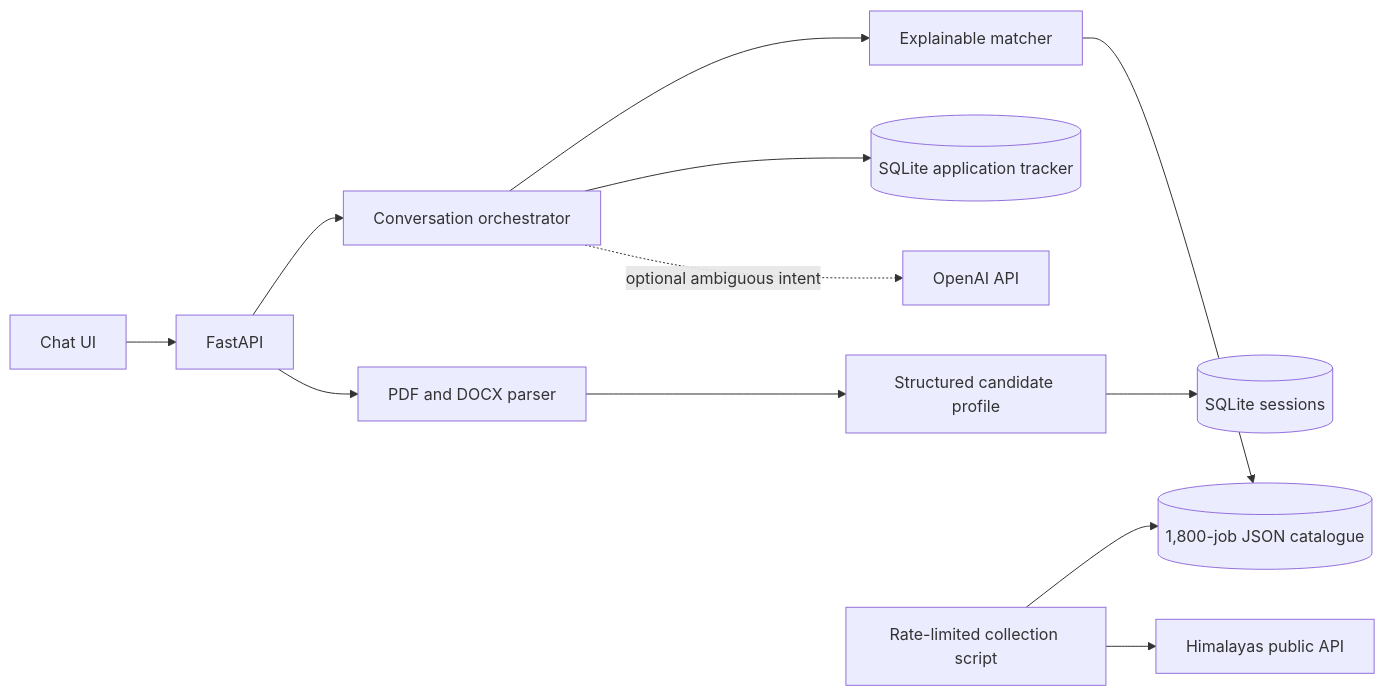
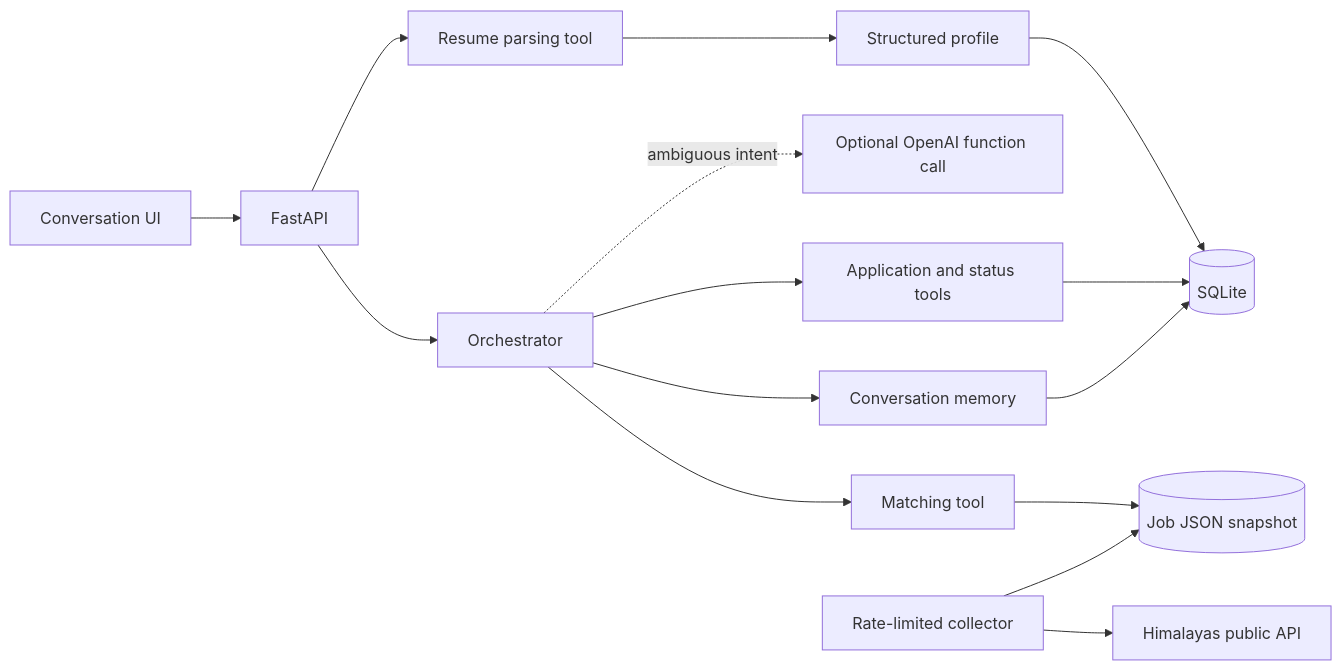
Before and after one commit to ABHISHEK27Y/hidani-assessment: the diagram in README.md, drawn with Mermaid. The commit also changed other lines of this file and 35 other files, not shown here.

Commit message:
Polish dark job workspace and verify assessment flows

````diff
--- a/README.md
+++ b/README.md
@@ -31,14 +42,17 @@
 ```mermaid
 flowchart LR
-  Browser[Chat UI] --> API[FastAPI]
-  API --> Orchestrator[Conversation orchestrator]
-  API --> Parser[PDF and DOCX parser]
-  Parser --> Profile[Structured candidate profile]
-  Profile --> SQLite[(SQLite sessions)]
-  Orchestrator --> Matcher[Explainable matcher]
-  Matcher --> Jobs[(1,800-job JSON catalogue)]
-  Orchestrator --> Applications[(SQLite application tracker)]
-  Orchestrator -. optional ambiguous intent .-> LLM[OpenAI API]
-  Scraper[Rate-limited collection script] --> Jobs
-  Scraper --> Himalayas[Himalayas public API]
+  UI[Conversation UI] --> API[FastAPI]
+  API --> Parse[Resume parsing tool]
+  Parse --> Profile[Structured profile]
+  Profile --> DB[(SQLite)]
+  API --> Agent[Orchestrator]
+  Agent -. ambiguous intent .-> LLM[Optional OpenAI function call]
+  Agent --> Match[Matching tool]
+  Match --> JSON[(Job JSON snapshot)]
+  Agent --> Apply[Application and status tools]
+  Apply --> DB
+  Agent --> Memory[Conversation memory]
+  Memory --> DB
+  Scrape[Rate-limited collector] --> Public[Himalayas public API]
+  Scrape --> JSON
 ```
````
